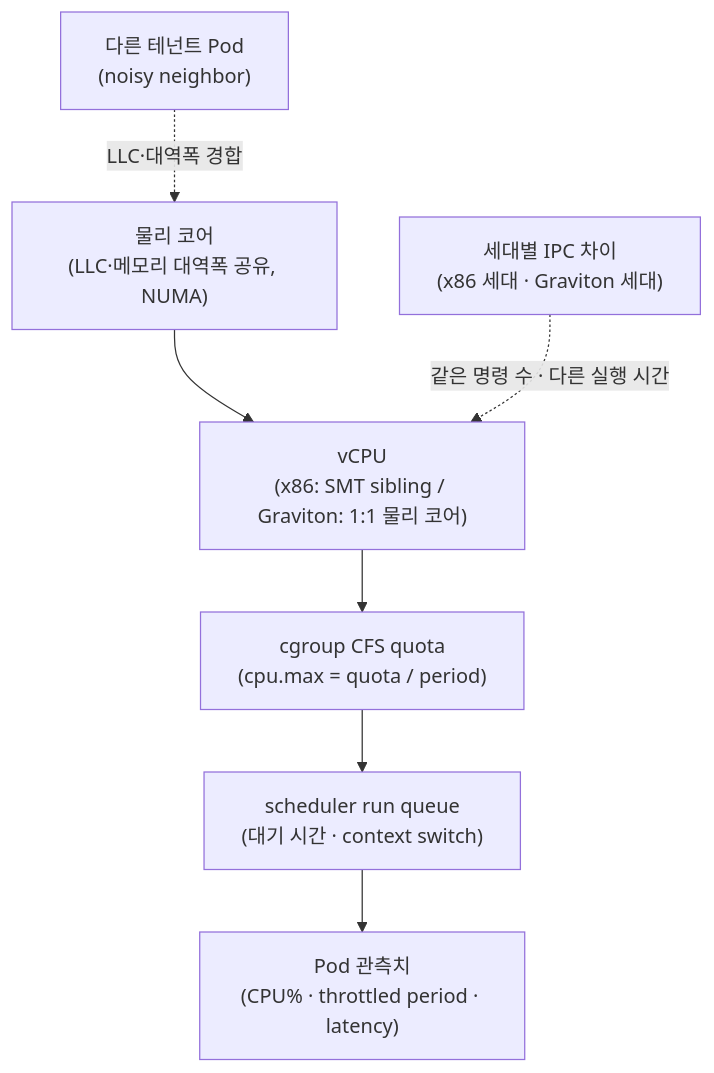
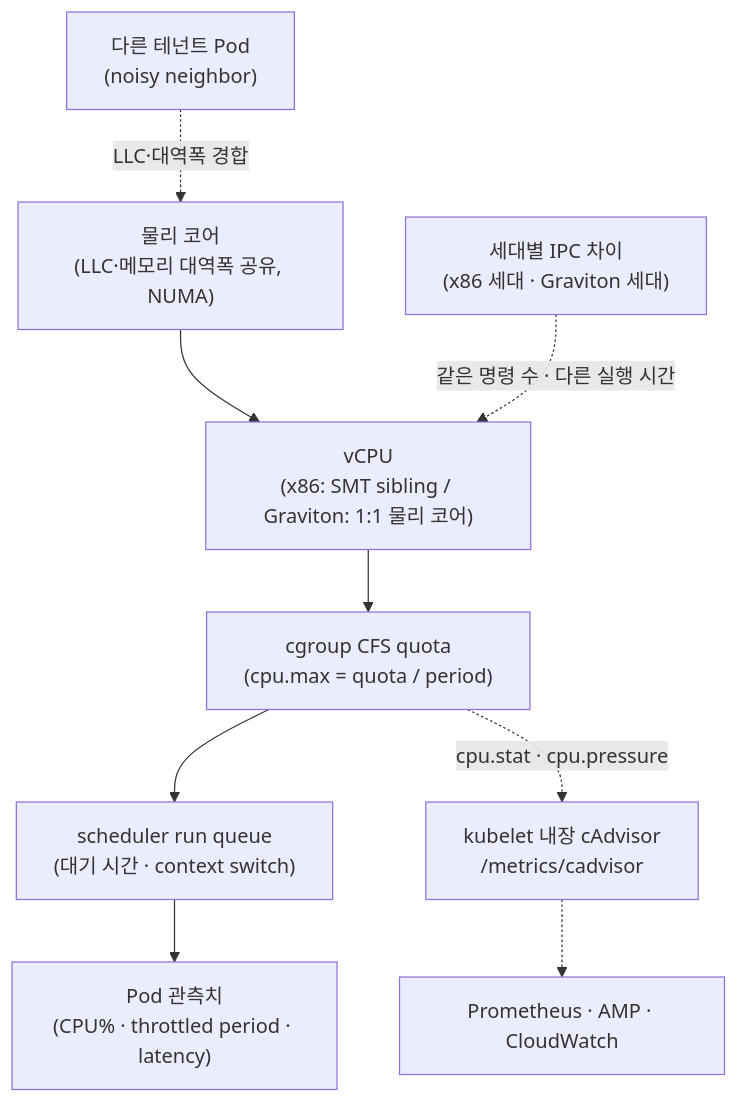
One commit to devfloor9/engineering-playbook changed the diagram in docs/eks-best-practices/resource-cost/cpu-sizing-comparability.md. Above: the diagram before and after it, drawn with Mermaid. The commit also changed other lines of this file and 3 other files, not shown here.

````diff
--- a/docs/eks-best-practices/resource-cost/cpu-sizing-comparability.md
+++ b/docs/eks-best-practices/resource-cost/cpu-sizing-comparability.md
@@ -48,9 +51,11 @@
 ```mermaid
 flowchart TB
     PC["물리 코어<br/>(LLC·메모리 대역폭 공유, NUMA)"] --> VCPU["vCPU<br/>(x86: SMT sibling / Graviton: 1:1 물리 코어)"]
     VCPU --> CG["cgroup CFS quota<br/>(cpu.max = quota / period)"]
     CG --> RQ["scheduler run queue<br/>(대기 시간 · context switch)"]
     RQ --> OBS["Pod 관측치<br/>(CPU% · throttled period · latency)"]
     NOISE["다른 테넌트 Pod<br/>(noisy neighbor)"] -.->|LLC·대역폭 경합| PC
     IPC["세대별 IPC 차이<br/>(x86 세대 · Graviton 세대)"] -.->|같은 명령 수 · 다른 실행 시간| VCPU
+    CG -.->|cpu.stat · cpu.pressure| MET["kubelet 내장 cAdvisor<br/>/metrics/cadvisor"]
+    MET -.-> SINK["Prometheus · AMP · CloudWatch"]
 ```
````
